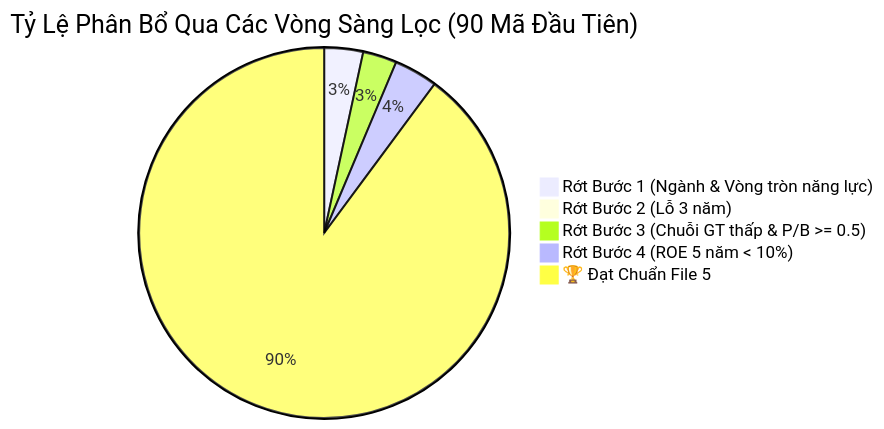
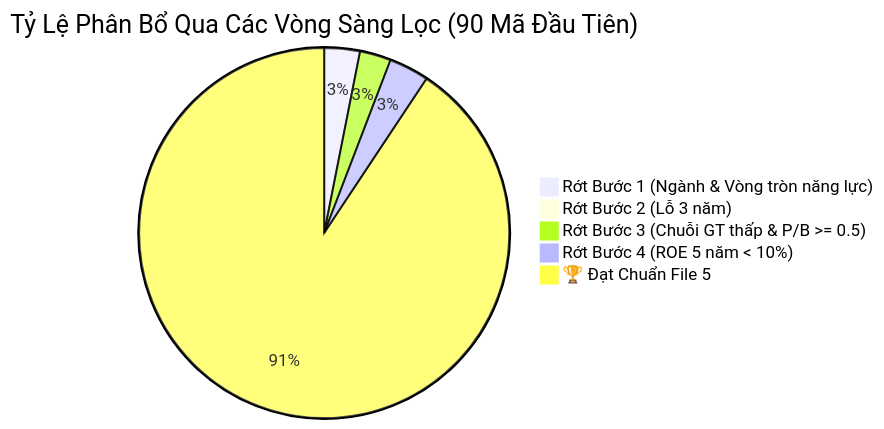
The diagram in screenings/screening_dashboard.md (lenhan1102/pdf-analyzer), drawn with Mermaid before and after one commit. The commit also changed other lines of this file and 8 other files, not shown here.

````diff
--- a/screenings/screening_dashboard.md
+++ b/screenings/screening_dashboard.md
@@ -9,8 +9,8 @@
 ```mermaid
 pie title Tỷ Lệ Phân Bổ Qua Các Vòng Sàng Lọc (90 Mã Đầu Tiên)
     "Rớt Bước 1 (Ngành & Vòng tròn năng lực)" : 16
     "Rớt Bước 2 (Lỗ 3 năm)" : 1
     "Rớt Bước 3 (Chuỗi GT thấp & P/B >= 0.5)" : 14
     "Rớt Bước 4 (ROE 5 năm < 10%)" : 18
-    "🏆 Đạt Chuẩn File 5" : 425
+    "🏆 Đạt Chuẩn File 5" : 467
 ```
````
